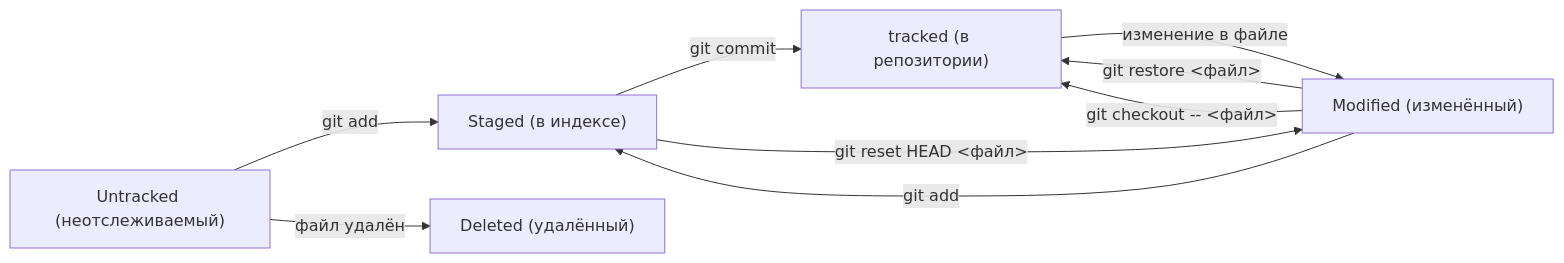
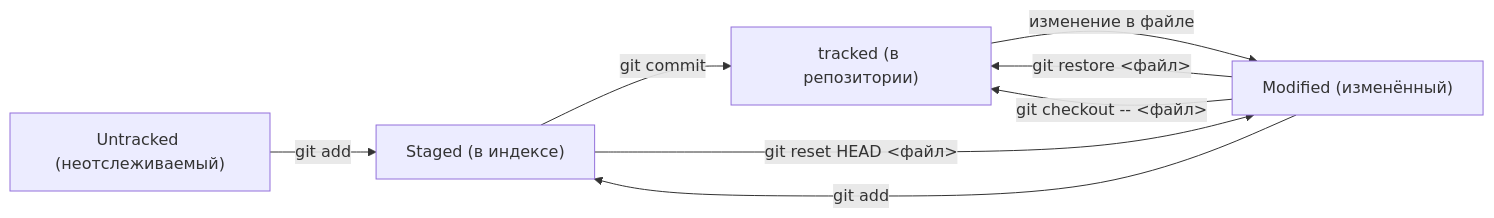
One commit to letsvio/assistance-with-git changed the diagram in README.md. Above: the diagram before and after it, drawn with Mermaid.

Commit message:
Исправить схему жизненного цикла

````diff
--- a/README.md
+++ b/README.md
@@ -170,11 +170,10 @@
 ```mermaid
 graph LR;
     untracked["Untracked (неотслеживаемый)"] -- "git add" --> staged["Staged (в индексе)"];
     staged -- "git commit" --> tracked["tracked (в репозитории)"];
     tracked -- "изменение в файле" --> modified["Modified (изменённый)"];
     modified -- "git add" --> staged;
     staged -- "git reset HEAD <файл>" --> modified;
     modified -- "git restore <файл>" --> tracked;
-    untracked -- "файл удалён" --> deleted["Deleted (удалённый)"];
     modified -- "git checkout -- <файл>" --> tracked;
 ```
````
